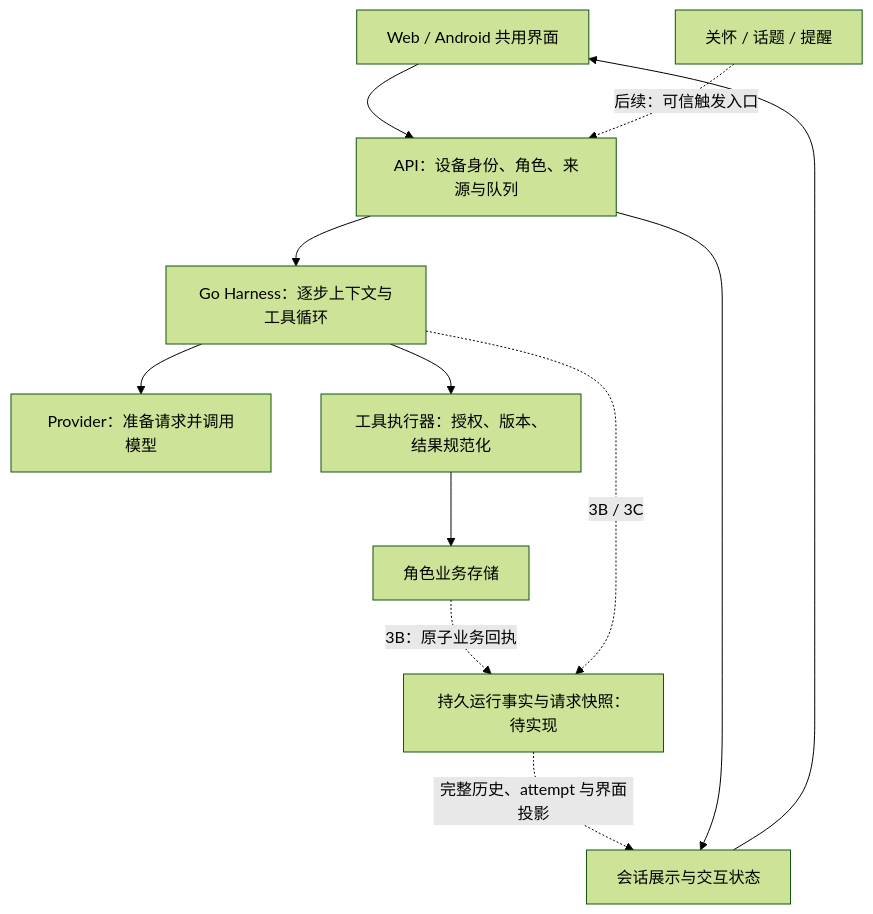
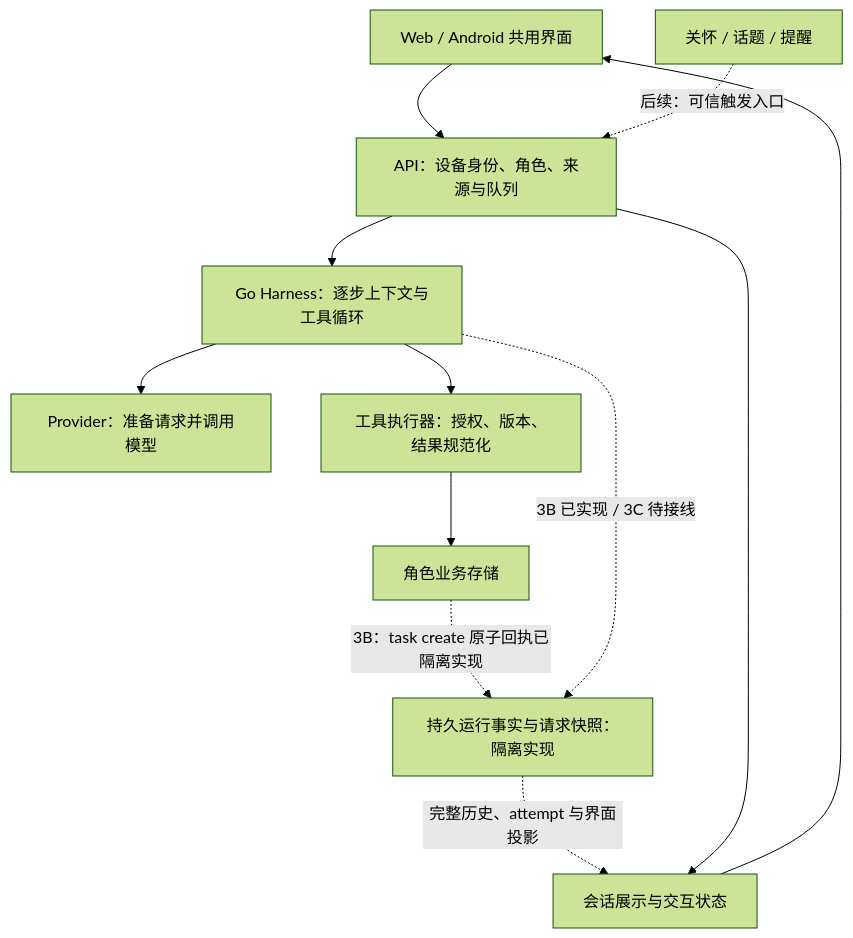
Before and after one commit to Syl12340/chat-agent: the diagram in docs/architecture-roadmap-2026-11.md, drawn with Mermaid (forest theme). The commit also changed other lines of this file and 22 other files, not shown here.

````diff
--- a/docs/architecture-roadmap-2026-11.md
+++ b/docs/architecture-roadmap-2026-11.md
@@ -39,14 +39,14 @@
 ```mermaid
 flowchart TD
     W[Web / Android 共用界面] --> A[API：设备身份、角色、来源与队列]
     T[关怀 / 话题 / 提醒] -. "后续：可信触发入口" .-> A
     A --> H[Go Harness：逐步上下文与工具循环]
     H --> P[Provider：准备请求并调用模型]
     H --> X[工具执行器：授权、版本、结果规范化]
     X --> B[角色业务存储]
-    B -. "3B：原子业务回执" .-> R[持久运行事实与请求快照：待实现]
-    H -. "3B / 3C" .-> R
+    B -. "3B：task create 原子回执已隔离实现" .-> R[持久运行事实与请求快照：隔离实现]
+    H -. "3B 已实现 / 3C 待接线" .-> R
     R -. "完整历史、attempt 与界面投影" .-> V[会话展示与交互状态]
     A --> V
     V --> W
 ```
````
